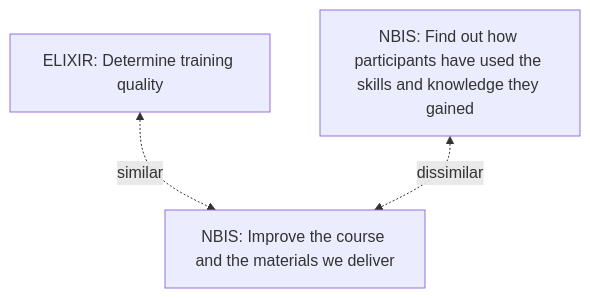
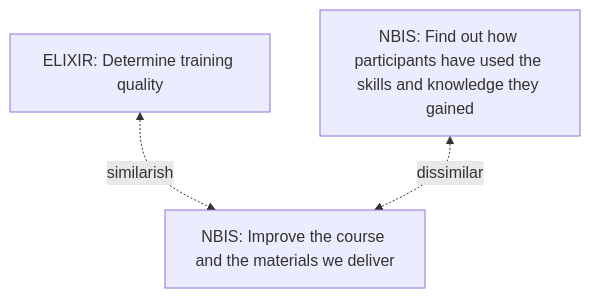
One commit to NBISweden/elixir_evaluation_evaluation changed the diagram in README.md. Above: the diagram before and after it, drawn with Mermaid.

````diff
--- a/README.md
+++ b/README.md
@@ -51,8 +51,8 @@
 ```mermaid
 flowchart TD
   goal_1[ELIXIR: Determine training quality]
   goal_2[NBIS: Find out how participants have used the skills and knowledge they gained]
   goal_3[NBIS: Improve the course and the materials we deliver]
-  goal_1 <-.-> |similar| goal_3
+  goal_1 <-.-> |similarish| goal_3
   goal_2 <-.-> |dissimilar| goal_3
 ```
````
